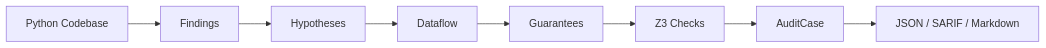
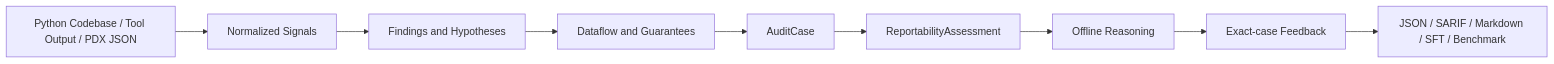
The first of 2 diagrams in README.md (grizzly2005/belief), drawn with Mermaid before and after one commit. The commit also changed other lines of this file, not shown here.

Commit message:
Polish README reportability positioning

````diff
--- a/README.md
+++ b/README.md
@@ -116,10 +178,11 @@
 ```mermaid
 flowchart LR
-    A[Python Codebase] --> B[Findings]
-    B --> C[Hypotheses]
-    C --> D[Dataflow]
-    D --> E[Guarantees]
-    E --> F[Z3 Checks]
-    F --> G[AuditCase]
-    G --> H[JSON / SARIF / Markdown]
+    A[Python Codebase / Tool Output / PDX JSON] --> B[Normalized Signals]
+    B --> C[Findings and Hypotheses]
+    C --> D[Dataflow and Guarantees]
+    D --> E[AuditCase]
+    E --> F[ReportabilityAssessment]
+    F --> G[Offline Reasoning]
+    G --> H[Exact-case Feedback]
+    H --> I[JSON / SARIF / Markdown / SFT / Benchmark]
 ```
````
